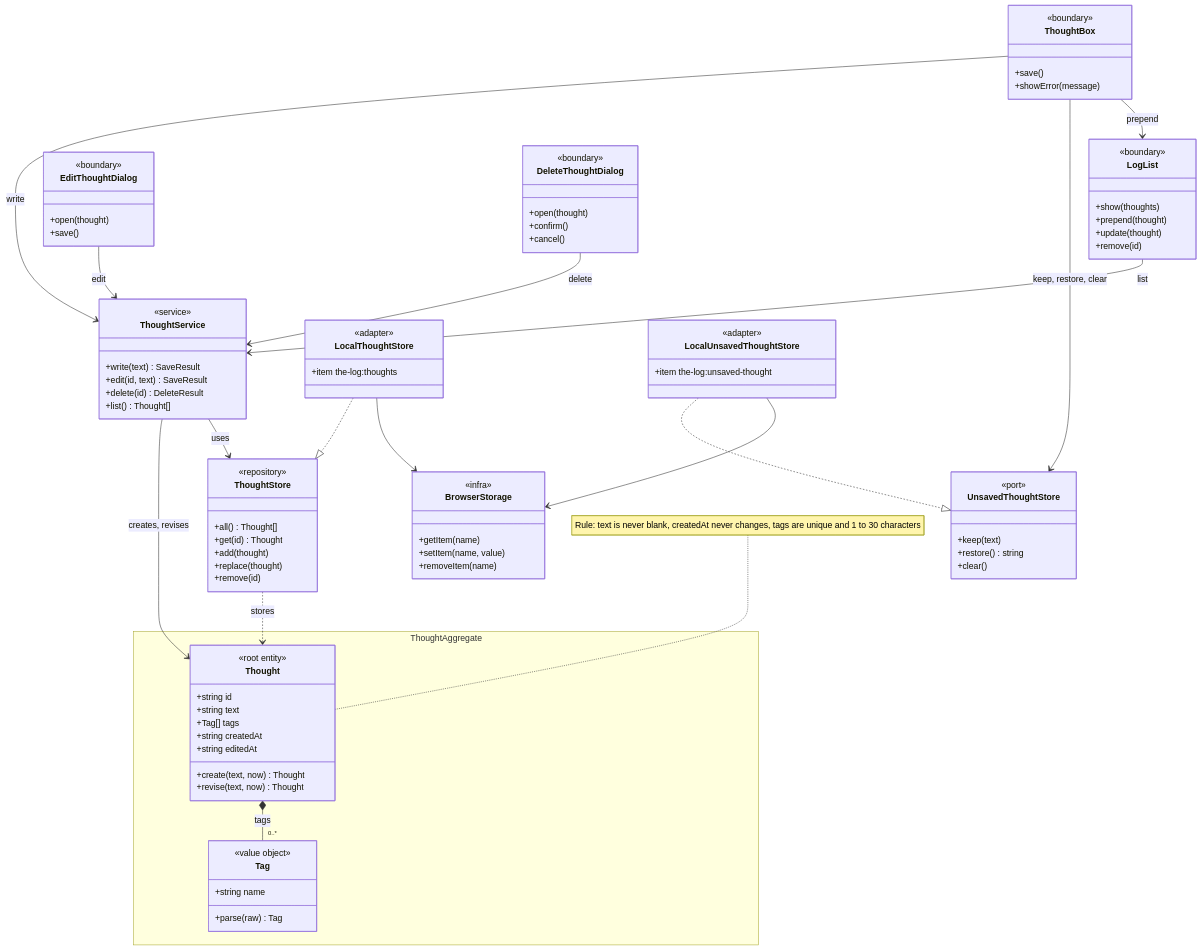
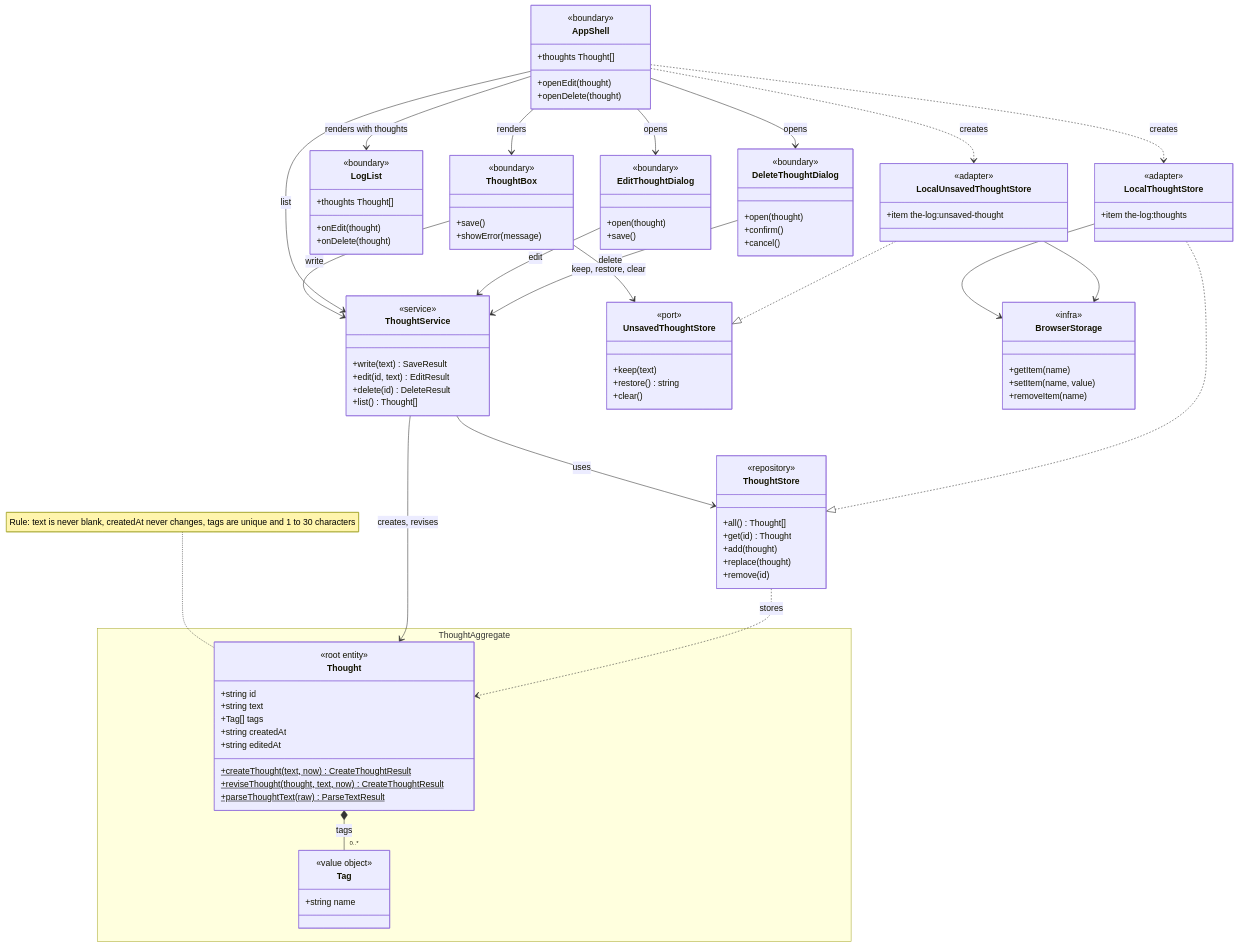
Before and after one commit to joisse1101/the-log: the first of 7 diagrams in wiki/thoughts/design.md, drawn with Mermaid. The commit also changed other lines of this file and 1 other file, not shown here.

Commit message:
docs(thoughts): draw AppShell in the diagrams and match the code

````diff
--- a/wiki/thoughts/design.md
+++ b/wiki/thoughts/design.md
@@ -144,5 +144,11 @@
 ```mermaid
 classDiagram
+  class AppShell {
+    <<boundary>>
+    +thoughts Thought[]
+    +openEdit(thought)
+    +openDelete(thought)
+  }
   class ThoughtBox {
     <<boundary>>
     +save()
@@ -150,10 +156,9 @@
   }
   class LogList {
     <<boundary>>
-    +show(thoughts)
-    +prepend(thought)
-    +update(thought)
-    +remove(id)
+    +thoughts Thought[]
+    +onEdit(thought)
+    +onDelete(thought)
   }
   class EditThoughtDialog {
     <<boundary>>
@@ -169,7 +174,7 @@
   class ThoughtService {
     <<service>>
     +write(text) SaveResult
-    +edit(id, text) SaveResult
+    +edit(id, text) EditResult
     +delete(id) DeleteResult
     +list() Thought[]
   }
@@ -181,13 +186,13 @@
       +Tag[] tags
       +string createdAt
       +string editedAt
-      +create(text, now) Thought
-      +revise(text, now) Thought
+      +createThought(text, now)$ CreateThoughtResult
+      +reviseThought(thought, text, now)$ CreateThoughtResult
+      +parseThoughtText(raw)$ ParseTextResult
     }
     class Tag {
       <<value object>>
       +string name
-      +parse(raw) Tag
     }
   }
   note for Thought "Rule: text is never blank, createdAt never changes, tags are unique and 1 to 30 characters"
@@ -222,8 +227,13 @@
   Thought *-- "0..*" Tag : tags
   ThoughtBox --> ThoughtService : write
   ThoughtBox --> UnsavedThoughtStore : keep, restore, clear
-  ThoughtBox --> LogList : prepend
-  LogList --> ThoughtService : list
+  AppShell --> ThoughtService : list
+  AppShell --> ThoughtBox : renders
+  AppShell --> LogList : renders with thoughts
+  AppShell --> EditThoughtDialog : opens
+  AppShell --> DeleteThoughtDialog : opens
+  AppShell ..> LocalThoughtStore : creates
+  AppShell ..> LocalUnsavedThoughtStore : creates
   EditThoughtDialog --> ThoughtService : edit
   DeleteThoughtDialog --> ThoughtService : delete
   ThoughtService --> Thought : creates, revises
````
